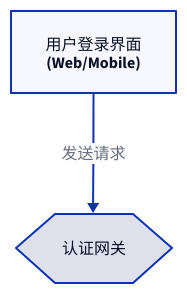
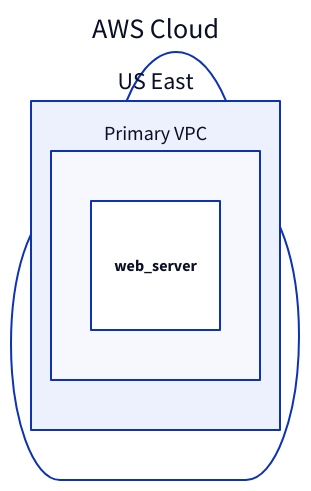
Before and after one commit to linqibin0826/patra: the first of 6 diagrams in patra-api/docs/.claude/memories/d2.md, drawn with D2. The commit also changed other lines of this file and 5 other files, not shown here.

````diff
--- a/patra-api/docs/.claude/memories/d2.md
+++ b/patra-api/docs/.claude/memories/d2.md
@@ -31,13 +27,10 @@
 ```d2
-# ✅ 正确：ID 稳定，Label 可随时修改
-client_app: 用户终端 {
-  label: 用户登录界面\n(Web/Mobile)
-  shape: rectangle
+aws: AWS Cloud {
+  shape: cloud
+  region_us: US East {
+    vpc: Primary VPC {
+      web_server: {shape: square}
+    }
+  }
 }
-
-auth_gateway: 认证网关 {
-  shape: hexagon
-}
-
-client_app -> auth_gateway: 发送请求
 ```
````
